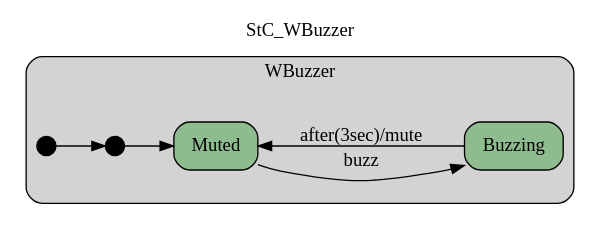
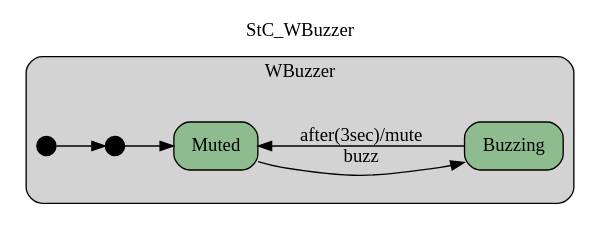
One commit to namalio/Fragmenta changed the diagram in Haskell/Statecharts/Examples/img/StC_WBuzzer.gv. Above: the diagram before and after it, drawn with Graphviz. The commit also changed other lines of this file and 70 other files, not shown here.

```diff
--- a/Haskell/Statecharts/Examples/img/StC_WBuzzer.gv
+++ b/Haskell/Statecharts/Examples/img/StC_WBuzzer.gv
@@ -1,22 +1,22 @@
 digraph {
 compound=true;
 rankdir=LR;
 label="StC_WBuzzer";
 labelloc=t;
 subgraph cluster_WBuzzer {
 style="filled,rounded";
 label ="WBuzzer";
 fillcolor = lightgray;
+init1_St [shape = point,fillcolor=black,height=.2,width=.2,label=""];
+
+Muted [shape=box,fillcolor=darkseagreen,style="filled,rounded",label=Muted];
+Buzzing [shape=box,fillcolor=darkseagreen,style="filled,rounded",label=Buzzing];
 init2_St [shape = point,fillcolor=black,height=.2,width=.2,label=""];
 
-Buzzing [shape=box,fillcolor=darkseagreen,style="filled,rounded",label=Buzzing];
-Muted [shape=box,fillcolor=darkseagreen,style="filled,rounded",label=Muted];
-init1_St [shape = point,fillcolor=black,height=.2,width=.2,label=""];
 
-
+init1_St->init2_St[label="",  ];
+Muted->Buzzing[label="buzz",  ];
+Buzzing->Muted[label="after(3sec)/mute",  ];
 init2_St->Muted[label="",  ];
-Buzzing->Muted[label="after(3sec)/mute",  ];
-Muted->Buzzing[label="buzz",  ];
-init1_St->init2_St[label="",  ];
 }
 }
```
